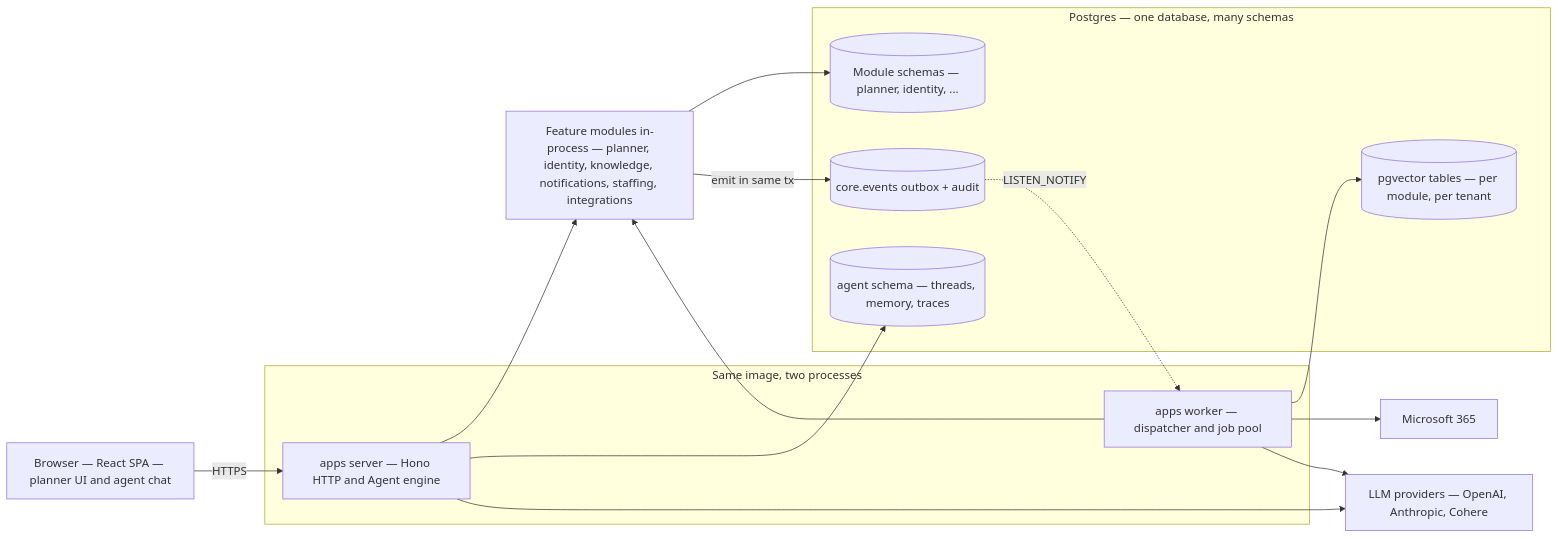
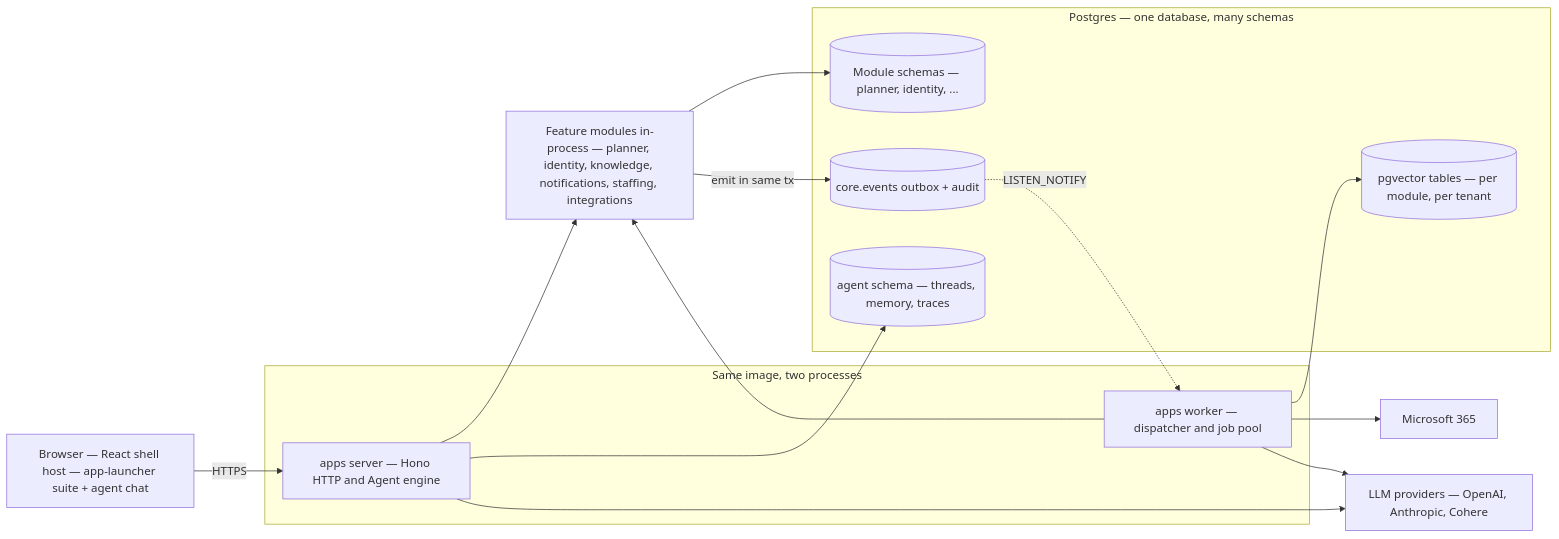
Before and after one commit to Seta-International/agent-platform: the first of 8 diagrams in docs/architecture.md, drawn with Mermaid. The commit also changed other lines of this file and 18 other files, not shown here.

First line of the commit message:
feat: enhance product shell with "Ask Seta" panel and app manifests

````diff
--- a/docs/architecture.md
+++ b/docs/architecture.md
@@ -13,33 +13,33 @@
 ```mermaid
 flowchart LR
-    Browser[Browser — React SPA — planner UI and agent chat]
+    Browser[Browser — React shell host — app-launcher suite + agent chat]
 
     subgraph Runtime[Same image, two processes]
       Server[apps server — Hono HTTP and Agent engine]
       Worker[apps worker — dispatcher and job pool]
     end
 
     Modules[Feature modules in-process — planner, identity, knowledge, notifications, staffing, integrations]
 
     subgraph PG[Postgres — one database, many schemas]
       ModSchemas[(Module schemas — planner, identity, ...)]
       Outbox[(core.events outbox + audit)]
       Vec[(pgvector tables — per module, per tenant)]
       Cop[(agent schema — threads, memory, traces)]
     end
 
     LLM[LLM providers — OpenAI, Anthropic, Cohere]
     M365[Microsoft 365]
 
     Browser -->|HTTPS| Server
     Server --> Modules
     Modules --> ModSchemas
     Modules -->|emit in same tx| Outbox
     Outbox -.->|LISTEN_NOTIFY| Worker
     Worker --> Modules
     Worker --> Vec
     Worker --> M365
     Server --> Cop
     Server --> LLM
     Worker --> LLM
 ```
````
